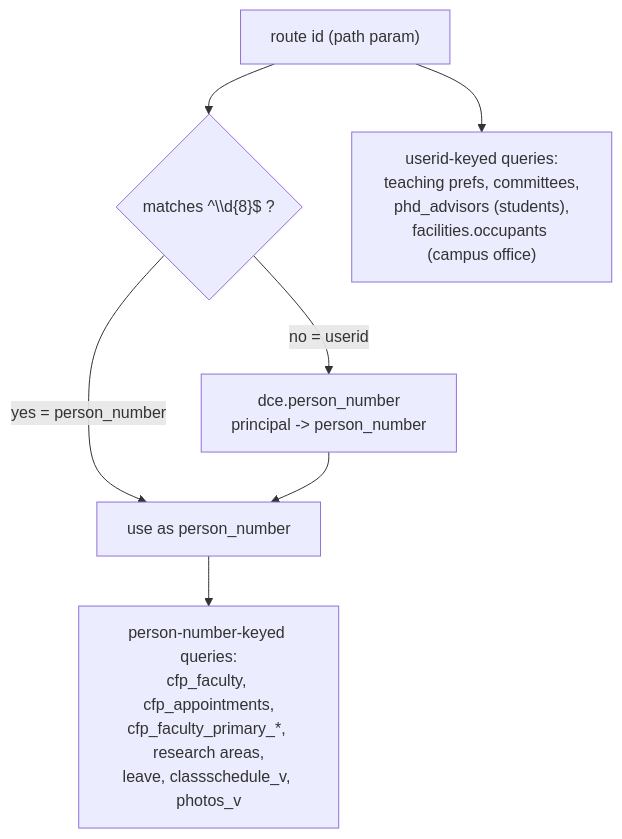
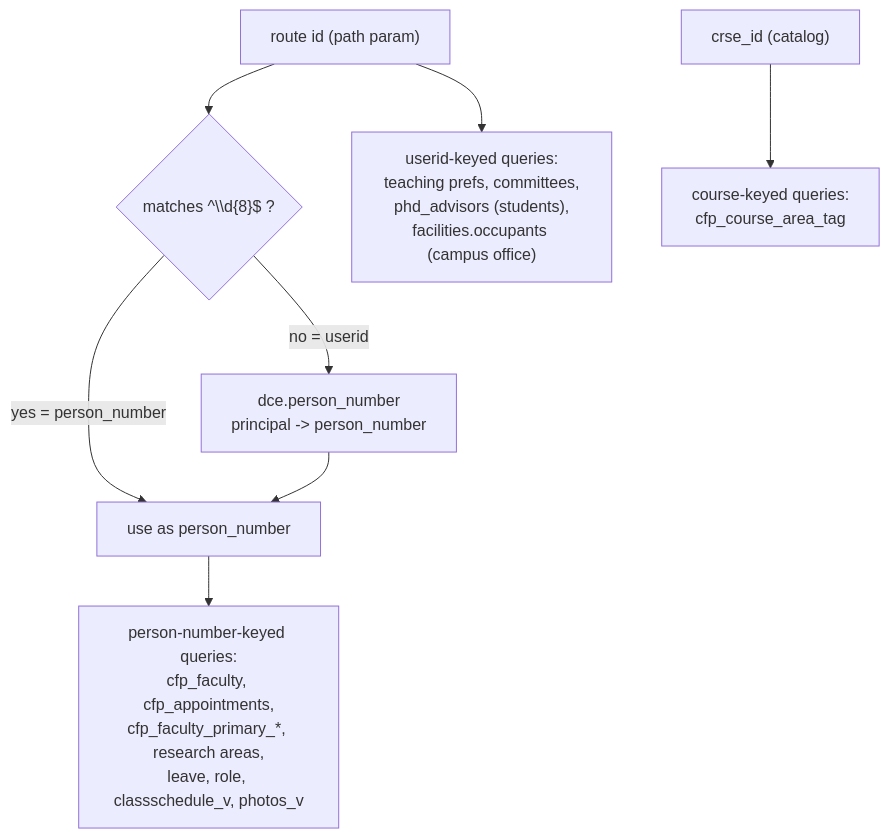
One commit to akashvignesh/cse-faculty-portal changed the second of 2 diagrams in docs/api-sql-flowchart.md. Above: the diagram before and after it, drawn with Mermaid. The commit also changed other lines of this file and 3 other files, not shown here.

````diff
--- a/docs/api-sql-flowchart.md
+++ b/docs/api-sql-flowchart.md
@@ -129,9 +135,10 @@
 ```mermaid
 flowchart TD
   In["route id (path param)"] --> Q{"matches ^\\d{8}$ ?"}
   Q -->|yes = person_number| PN["use as person_number"]
   Q -->|no = userid| Lookup["dce.person_number<br/>principal -> person_number"]
   Lookup --> PN
-  PN --> Keyed["person-number-keyed queries:<br/>cfp_faculty, cfp_appointments,<br/>cfp_faculty_primary_*, research areas,<br/>leave, classschedule_v, photos_v"]
+  PN --> Keyed["person-number-keyed queries:<br/>cfp_faculty, cfp_appointments,<br/>cfp_faculty_primary_*, research areas,<br/>leave, role, classschedule_v, photos_v"]
   In --> UseridPath["userid-keyed queries:<br/>teaching prefs, committees,<br/>phd_advisors (students),<br/>facilities.occupants (campus office)"]
+  Course["crse_id (catalog)"] --> TagPath["course-keyed queries:<br/>cfp_course_area_tag"]
 ```
````
